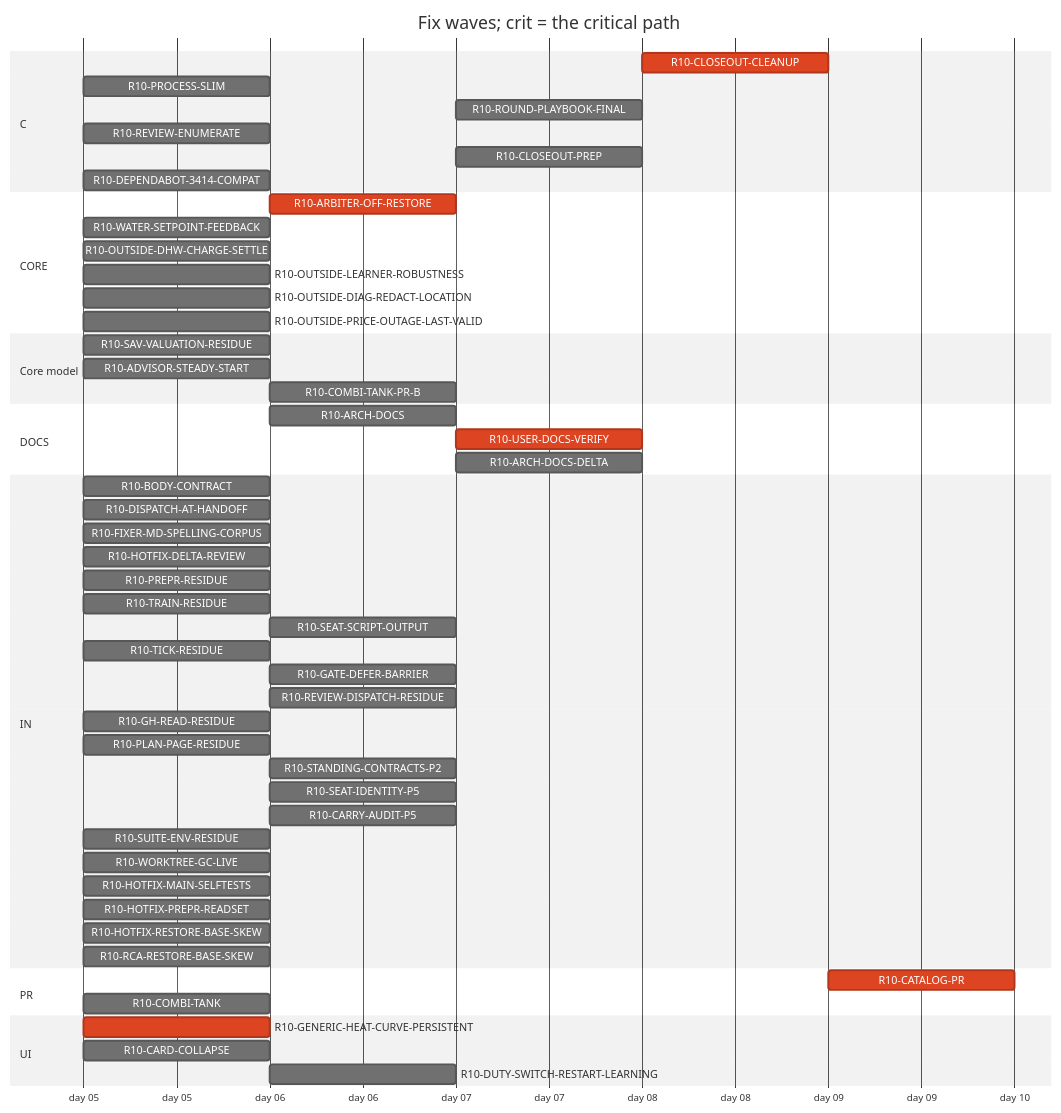
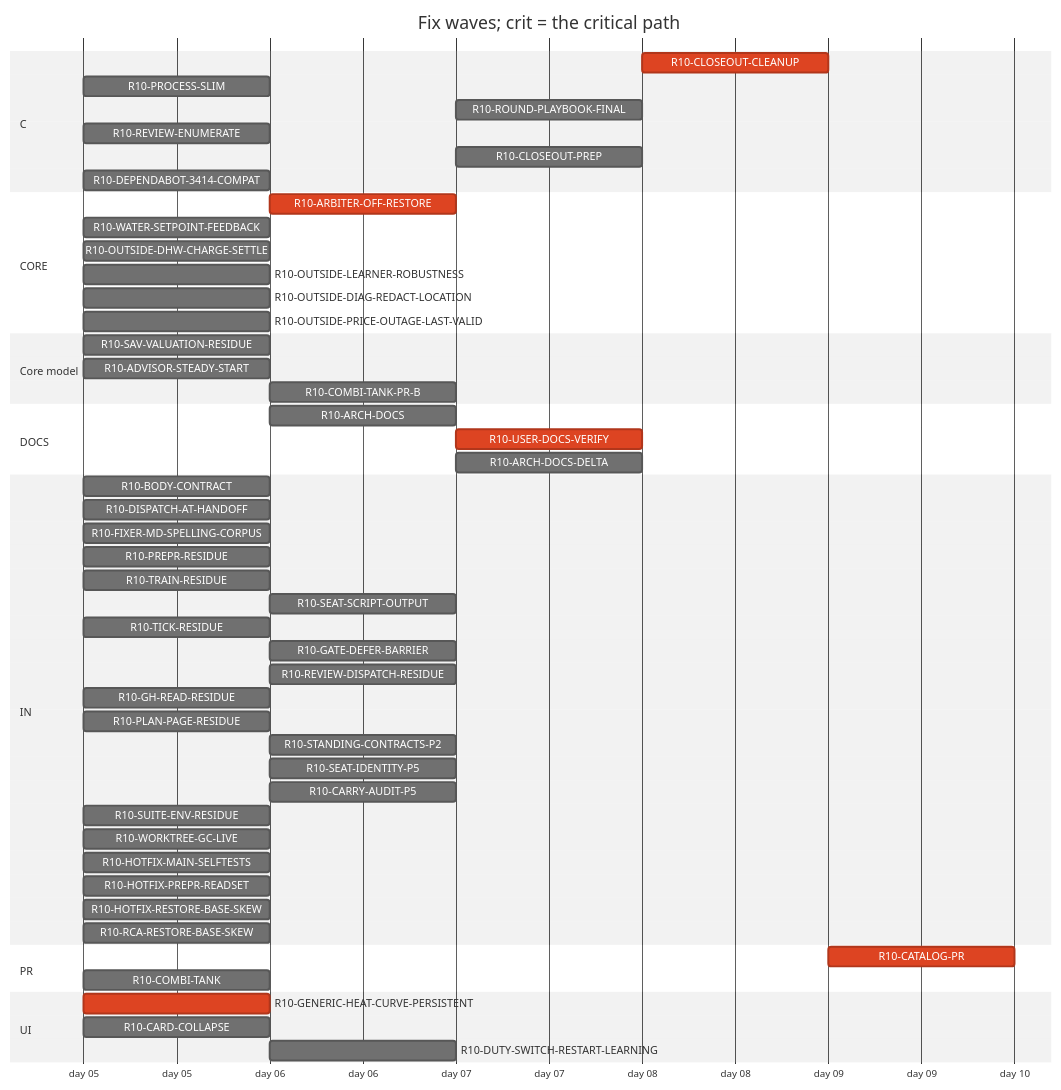
The diagram in handoff/round10/state/PLAN-TABLE.md (tvofi/heatpump_optimizer), drawn with Mermaid (neutral theme) before and after one commit. The commit also changed other lines of this file and 3 other files, not shown here.

Commit message:
state: FLOW-BOARD.md, NEXT-SESSION-PROMPT.md, PLAN-TABLE.md, RESUME-CURRENT.md regenerated (state_docs.py)

````diff
--- a/handoff/round10/state/PLAN-TABLE.md
+++ b/handoff/round10/state/PLAN-TABLE.md
@@ -20,57 +20,56 @@
 ```mermaid
 gantt
   title Fix waves; crit = the critical path
   dateFormat YYYY-MM-DD
   axisFormat day %d
   section C
     R10-CLOSEOUT-CLEANUP :crit, r10CLOSEOUTCLEANUP, after r10ARCHDOCS r10USERDOCSVERIFY r10ROUNDPLAYBOOKFINAL r10CLOSEOUTPREP r10ARCHDOCSDELTA, 1d
     R10-PROCESS-SLIM :r10PROCESSSLIM, 2026-01-05, 1d
     R10-ROUND-PLAYBOOK-FINAL :r10ROUNDPLAYBOOKFINAL, after r10DISPATCHATHANDOFF r10BODYCONTRACT r10PROCESSSLIM r10FIXERMDSPELLINGCORPUS r10PREPRRESIDUE r10SEATSCRIPTOUTPUT r10REVIEWDISPATCHRESIDUE r10CARRYAUDITP5 r10TICKRESIDUE r10SEATIDENTITYP5 r10STANDINGCONTRACTSP2 r10PLANPAGERESIDUE r10TRAINRESIDUE r10GHREADRESIDUE r10SUITEENVRESIDUE r10GATEDEFERBARRIER r10WORKTREEGCLIVE, 1d
     R10-REVIEW-ENUMERATE :r10REVIEWENUMERATE, 2026-01-05, 1d
     R10-CLOSEOUT-PREP :r10CLOSEOUTPREP, after r10ARCHDOCS r10DISPATCHATHANDOFF r10BODYCONTRACT r10PROCESSSLIM r10FIXERMDSPELLINGCORPUS r10PREPRRESIDUE r10SEATSCRIPTOUTPUT r10REVIEWDISPATCHRESIDUE r10CARRYAUDITP5 r10TICKRESIDUE r10SEATIDENTITYP5 r10STANDINGCONTRACTSP2 r10PLANPAGERESIDUE r10TRAINRESIDUE r10GHREADRESIDUE r10SUITEENVRESIDUE r10GATEDEFERBARRIER r10WORKTREEGCLIVE, 1d
     R10-DEPENDABOT-3414-COMPAT :r10DEPENDABOT3414COMPAT, 2026-01-05, 1d
   section CORE
     R10-ARBITER-OFF-RESTORE :crit, r10ARBITEROFFRESTORE, after r10GENERICHEATCURVEPERSISTENT r10WATERSETPOINTFEEDBACK, 1d
     R10-WATER-SETPOINT-FEEDBACK :r10WATERSETPOINTFEEDBACK, 2026-01-05, 1d
     R10-OUTSIDE-DHW-CHARGE-SETTLE :r10OUTSIDEDHWCHARGESETTLE, 2026-01-05, 1d
     R10-OUTSIDE-LEARNER-ROBUSTNESS :r10OUTSIDELEARNERROBUSTNESS, 2026-01-05, 1d
     R10-OUTSIDE-DIAG-REDACT-LOCATION :r10OUTSIDEDIAGREDACTLOCATION, 2026-01-05, 1d
     R10-OUTSIDE-PRICE-OUTAGE-LAST-VALID :r10OUTSIDEPRICEOUTAGELASTVALID, 2026-01-05, 1d
   section Core model
     R10-SAV-VALUATION-RESIDUE :r10SAVVALUATIONRESIDUE, 2026-01-05, 1d
     R10-ADVISOR-STEADY-START :r10ADVISORSTEADYSTART, 2026-01-05, 1d
     R10-COMBI-TANK-PR-B :r10COMBITANKPRB, after r10COMBITANK, 1d
   section DOCS
     R10-ARCH-DOCS :r10ARCHDOCS, after r10DISPATCHATHANDOFF r10BODYCONTRACT r10PROCESSSLIM, 1d
     R10-USER-DOCS-VERIFY :crit, r10USERDOCSVERIFY, after r10GENERICHEATCURVEPERSISTENT r10ARBITEROFFRESTORE r10COMBITANK, 1d
     R10-ARCH-DOCS-DELTA :r10ARCHDOCSDELTA, after r10ARCHDOCS r10GENERICHEATCURVEPERSISTENT r10ARBITEROFFRESTORE r10COMBITANK r10SAVVALUATIONRESIDUE r10ADVISORSTEADYSTART r10COMBITANKPRB, 1d
   section IN
     R10-BODY-CONTRACT :r10BODYCONTRACT, 2026-01-05, 1d
     R10-DISPATCH-AT-HANDOFF :r10DISPATCHATHANDOFF, 2026-01-05, 1d
     R10-FIXER-MD-SPELLING-CORPUS :r10FIXERMDSPELLINGCORPUS, 2026-01-05, 1d
-    R10-HOTFIX-DELTA-REVIEW :r10HOTFIXDELTAREVIEW, 2026-01-05, 1d
     R10-PREPR-RESIDUE :r10PREPRRESIDUE, 2026-01-05, 1d
     R10-TRAIN-RESIDUE :r10TRAINRESIDUE, 2026-01-05, 1d
     R10-SEAT-SCRIPT-OUTPUT :r10SEATSCRIPTOUTPUT, after r10TRAINRESIDUE, 1d
     R10-TICK-RESIDUE :r10TICKRESIDUE, 2026-01-05, 1d
     R10-GATE-DEFER-BARRIER :r10GATEDEFERBARRIER, after r10TRAINRESIDUE r10TICKRESIDUE, 1d
-    R10-REVIEW-DISPATCH-RESIDUE :r10REVIEWDISPATCHRESIDUE, after r10DISPATCHATHANDOFF r10REVIEWENUMERATE r10HOTFIXDELTAREVIEW r10PROCESSSLIM, 1d
+    R10-REVIEW-DISPATCH-RESIDUE :r10REVIEWDISPATCHRESIDUE, after r10DISPATCHATHANDOFF r10REVIEWENUMERATE r10PROCESSSLIM, 1d
     R10-GH-READ-RESIDUE :r10GHREADRESIDUE, 2026-01-05, 1d
     R10-PLAN-PAGE-RESIDUE :r10PLANPAGERESIDUE, 2026-01-05, 1d
     R10-STANDING-CONTRACTS-P2 :r10STANDINGCONTRACTSP2, after r10FIXERMDSPELLINGCORPUS, 1d
     R10-SEAT-IDENTITY-P5 :r10SEATIDENTITYP5, after r10TICKRESIDUE, 1d
     R10-CARRY-AUDIT-P5 :r10CARRYAUDITP5, after r10BODYCONTRACT, 1d
     R10-SUITE-ENV-RESIDUE :r10SUITEENVRESIDUE, 2026-01-05, 1d
     R10-WORKTREE-GC-LIVE :r10WORKTREEGCLIVE, 2026-01-05, 1d
     R10-HOTFIX-MAIN-SELFTESTS :r10HOTFIXMAINSELFTESTS, 2026-01-05, 1d
     R10-HOTFIX-PREPR-READSET :r10HOTFIXPREPRREADSET, 2026-01-05, 1d
     R10-HOTFIX-RESTORE-BASE-SKEW :r10HOTFIXRESTOREBASESKEW, 2026-01-05, 1d
     R10-RCA-RESTORE-BASE-SKEW :r10RCARESTOREBASESKEW, 2026-01-05, 1d
   section PR
     R10-CATALOG-PR :crit, r10CATALOGPR, after r10USERDOCSVERIFY r10ARCHDOCS r10ROUNDPLAYBOOKFINAL r10CLOSEOUTCLEANUP r10CLOSEOUTPREP r10ARCHDOCSDELTA, 1d
     R10-COMBI-TANK :r10COMBITANK, 2026-01-05, 1d
   section UI
     R10-GENERIC-HEAT-CURVE-PERSISTENT :crit, r10GENERICHEATCURVEPERSISTENT, 2026-01-05, 1d
     R10-CARD-COLLAPSE :r10CARDCOLLAPSE, 2026-01-05, 1d
     R10-DUTY-SWITCH-RESTART-LEARNING :r10DUTYSWITCHRESTARTLEARNING, after r10WATERSETPOINTFEEDBACK, 1d
 ```
````
